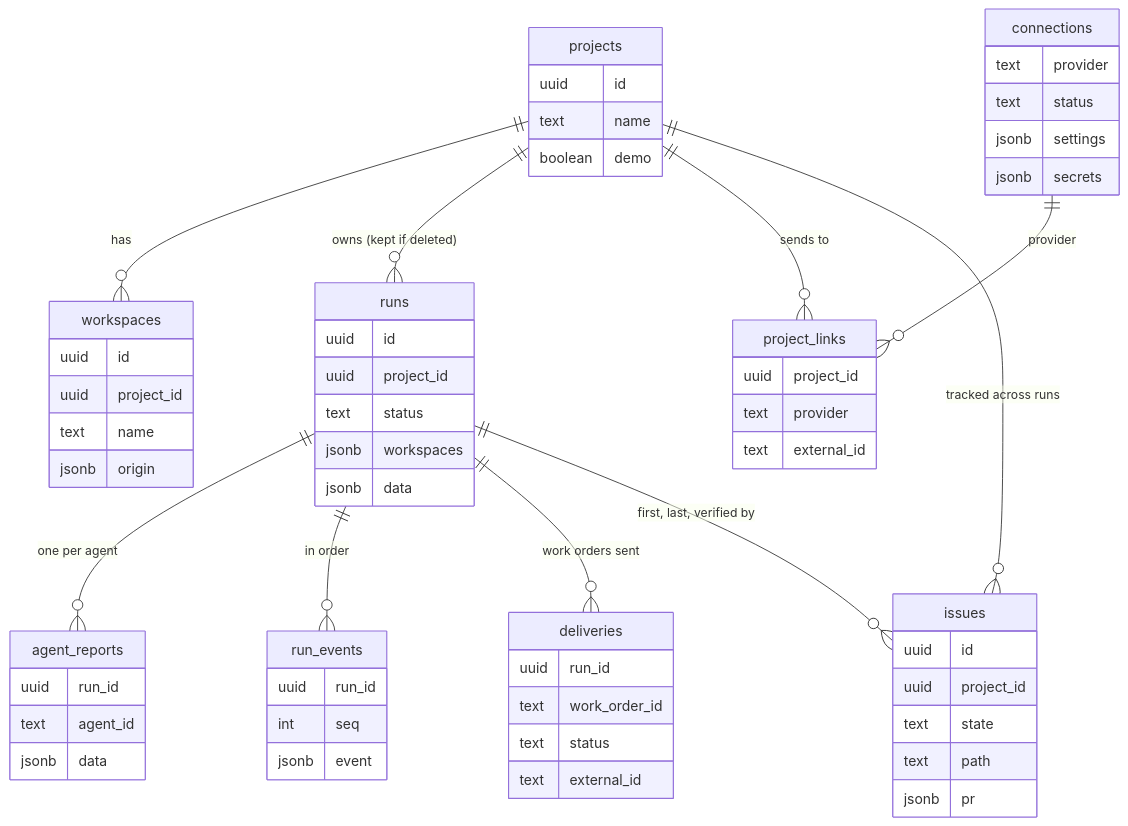
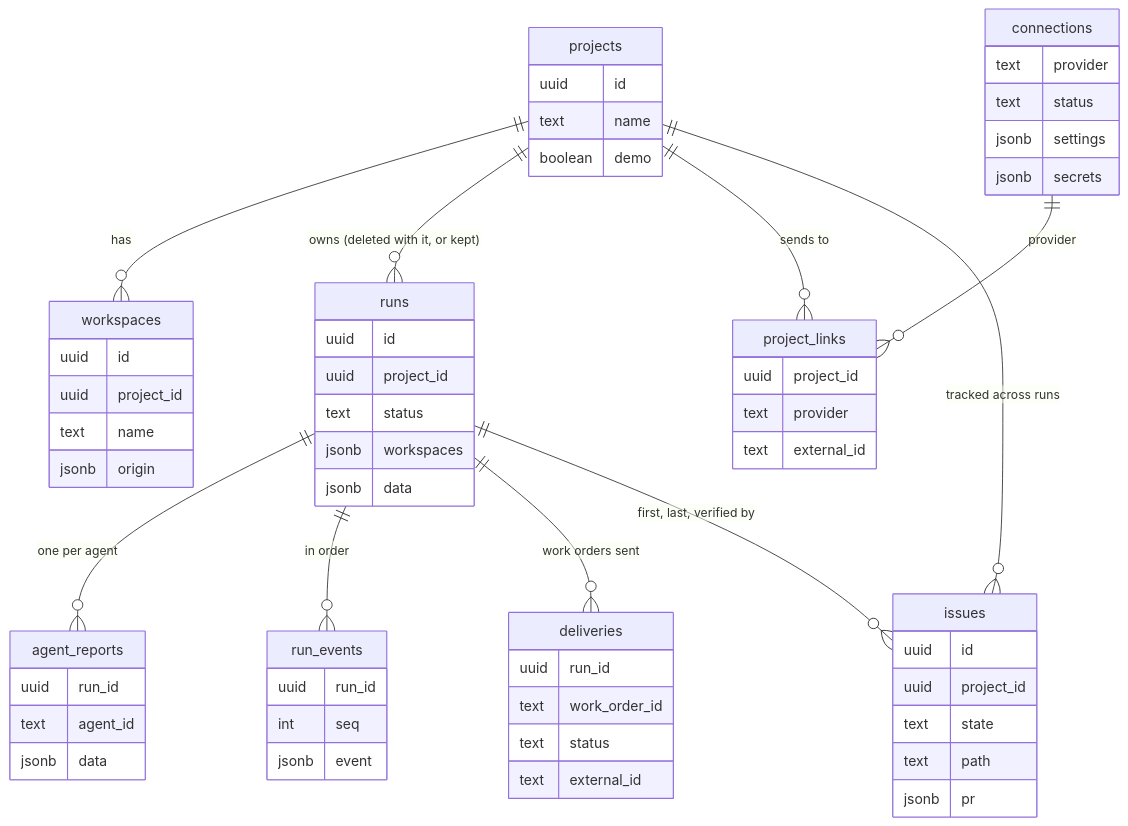
One commit to rvren/windtunnel changed diagram 11 of 12 in docs/architecture.md. Above: the diagram before and after it, drawn with Mermaid. The commit also changed other lines of this file and 59 other files, not shown here.

First line of the commit message:
Requirement runs read as probable risks; delete runs and projects; title-case calls to action

````diff
--- a/docs/architecture.md
+++ b/docs/architecture.md
@@ -368,22 +374,22 @@
 ```mermaid
 erDiagram
   projects ||--o{ workspaces : has
-  projects ||--o{ runs : "owns (kept if deleted)"
+  projects ||--o{ runs : "owns (deleted with it, or kept)"
   projects ||--o{ project_links : "sends to"
   runs ||--o{ agent_reports : "one per agent"
   runs ||--o{ run_events : "in order"
   runs ||--o{ deliveries : "work orders sent"
   projects ||--o{ issues : "tracked across runs"
   runs ||--o{ issues : "first, last, verified by"
   connections ||--o{ project_links : "provider"
 
   projects { uuid id text name boolean demo }
   workspaces { uuid id uuid project_id text name jsonb origin }
   runs { uuid id uuid project_id text status jsonb workspaces jsonb data }
   agent_reports { uuid run_id text agent_id jsonb data }
   run_events { uuid run_id int seq jsonb event }
   connections { text provider text status jsonb settings jsonb secrets }
   project_links { uuid project_id text provider text external_id }
   deliveries { uuid run_id text work_order_id text status text external_id }
   issues { uuid id uuid project_id text state text path jsonb pr }
 ```
````
